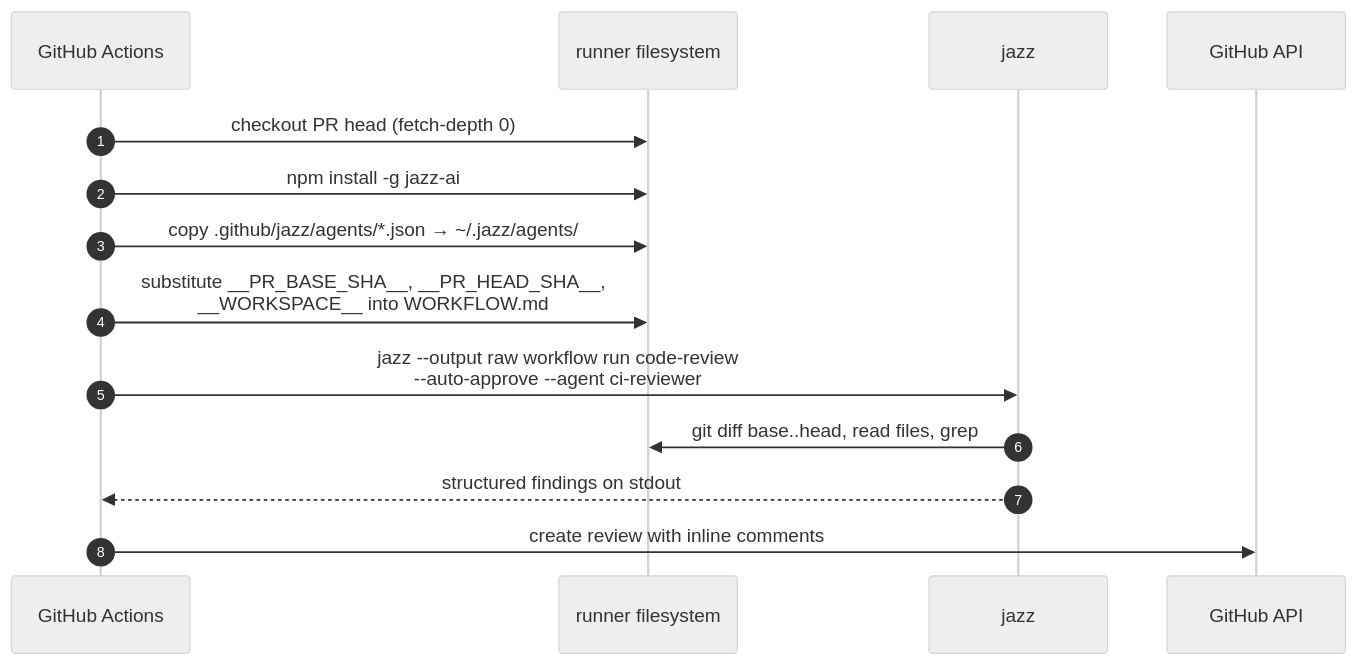
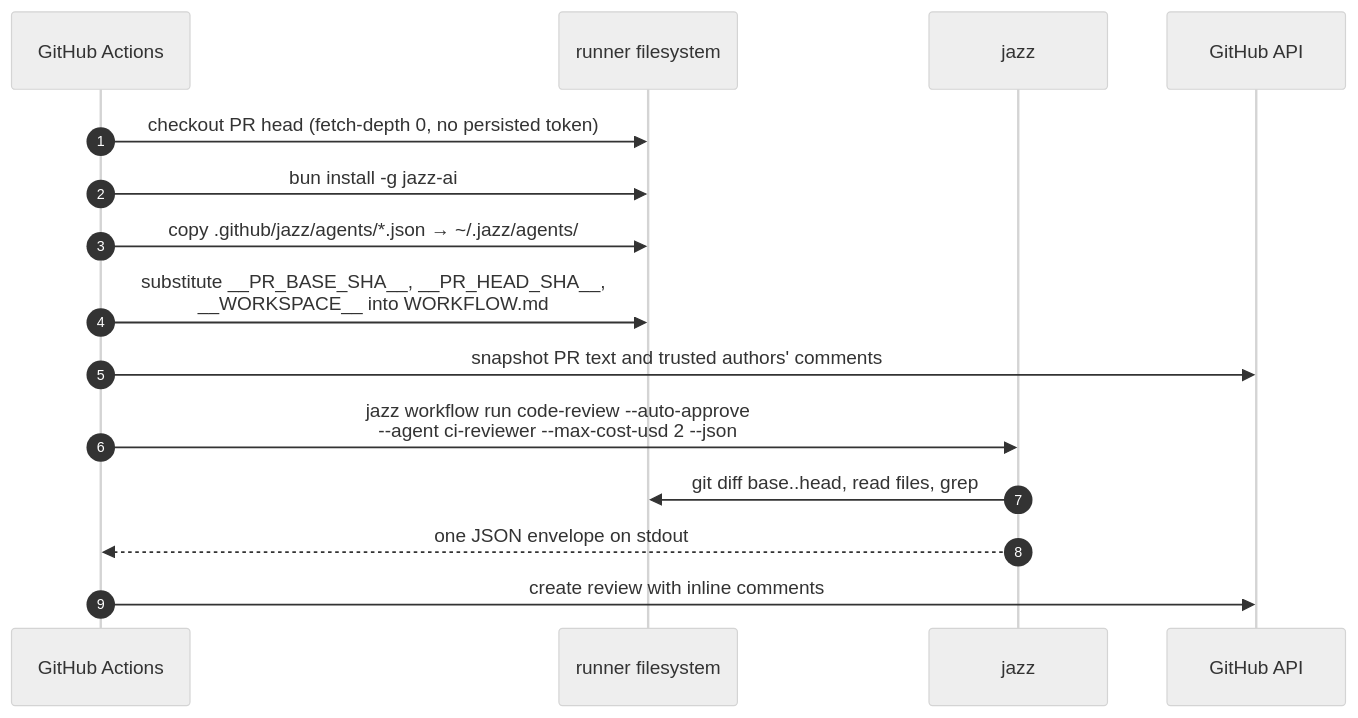
One commit to lvndry/jazz changed the second of 2 diagrams in docs/surfaces/ci.md. Above: the diagram before and after it, drawn with Mermaid (neutral theme). The commit also changed other lines of this file and 21 other files, not shown here.

First line of the commit message:
fix(ci): keep the PR review agents read-only and report why a run failed

````diff
--- a/docs/surfaces/ci.md
+++ b/docs/surfaces/ci.md
@@ -96,17 +97,18 @@
 ```mermaid
 sequenceDiagram
     autonumber
     participant GH as GitHub Actions
     participant FS as runner filesystem
     participant JZ as jazz
     participant API as GitHub API
 
-    GH->>FS: checkout PR head (fetch-depth 0)
-    GH->>FS: npm install -g jazz-ai
+    GH->>FS: checkout PR head (fetch-depth 0, no persisted token)
+    GH->>FS: bun install -g jazz-ai
     GH->>FS: copy .github/jazz/agents/*.json → ~/.jazz/agents/
     GH->>FS: substitute __PR_BASE_SHA__, __PR_HEAD_SHA__,<br/>__WORKSPACE__ into WORKFLOW.md
-    GH->>JZ: jazz --output raw workflow run code-review<br/>--auto-approve --agent ci-reviewer
+    GH->>API: snapshot PR text and trusted authors' comments
+    GH->>JZ: jazz workflow run code-review --auto-approve<br/>--agent ci-reviewer --max-cost-usd 2 --json
     JZ->>FS: git diff base..head, read files, grep
-    JZ-->>GH: structured findings on stdout
+    JZ-->>GH: one JSON envelope on stdout
     GH->>API: create review with inline comments
 ```
````
